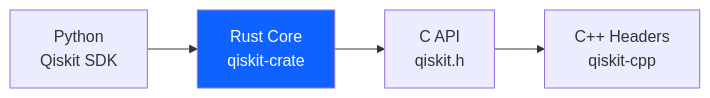
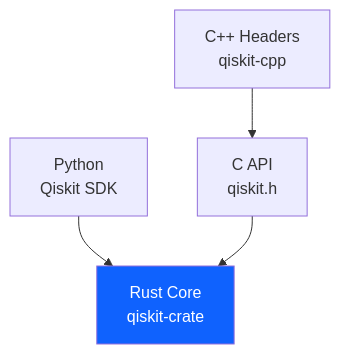
One commit to JavaFXpert/from-qiskit-python-to-cpp changed the first of 3 diagrams in slides.md. Above: the diagram before and after it, drawn with Mermaid.

Commit message:
Fix architecture diagram: show Python and C++ as parallel consumers
The old left-to-right diagram implied Python flows through to C++.
New top-down diagram shows Python and C++ both pointing into the
shared Rust core, which is more accurate.

````diff
--- a/slides.md
+++ b/slides.md
@@ -26,7 +26,7 @@
 ```mermaid
-flowchart LR
+flowchart TD
     A[Python<br/>Qiskit SDK] --> B[Rust Core<br/>qiskit-crate]
-    B --> C[C API<br/>qiskit.h]
-    C --> D[C++ Headers<br/>qiskit-cpp]
+    D[C++ Headers<br/>qiskit-cpp] --> C[C API<br/>qiskit.h]
+    C --> B
     style B fill:#0f62fe,color:#fff
 ```
````
